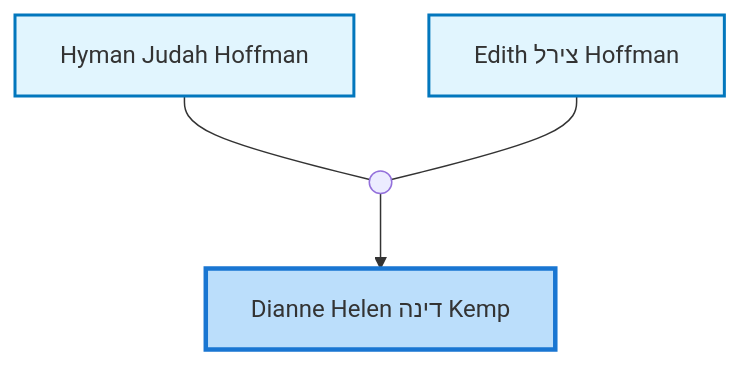
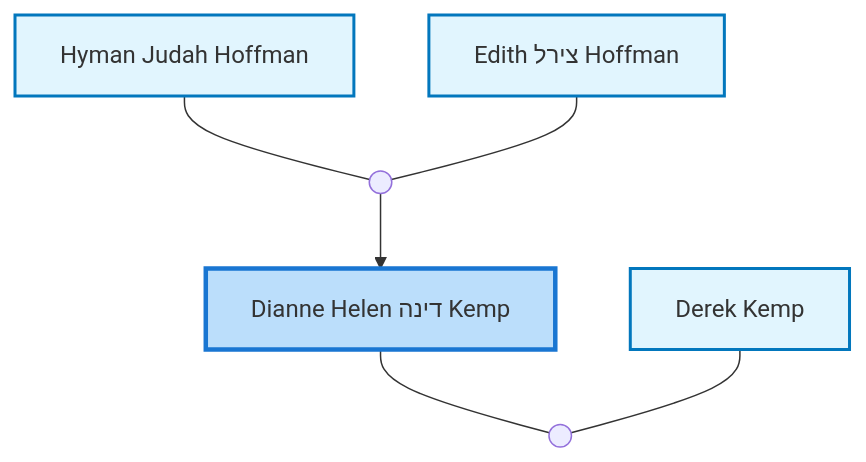
The first of 3 diagrams in site/content/profiles/Dianne Helen דינה Kemp.md (moshehoff/FamilyHistory), drawn with Mermaid before and after one commit. The commit also changed other lines of this file and 133 other files, not shown here.

````diff
--- a/site/content/profiles/Dianne Helen דינה Kemp.md
+++ b/site/content/profiles/Dianne Helen דינה Kemp.md
@@ -22,19 +22,25 @@
 ```mermaid
 flowchart TD
 classDef person fill:#e1f5fe,stroke:#0277bd,stroke-width:2px;
 classDef internal-link fill:#e1f5fe,stroke:#0277bd,stroke-width:2px;
 classDef current fill:#bbdefb,stroke:#1976d2,stroke-width:3px;
-idI8["Dianne Helen דינה Kemp"]
-class idI8 current
-click idI8 "../profiles/Dianne-Helen-%D7%93%D7%99%D7%A0%D7%94-Kemp" "Dianne Helen דינה Kemp"
-idI2["Hyman Judah Hoffman"]
-class idI2 internal-link
-click idI2 "../profiles/Hyman-Judah-Hoffman" "Hyman Judah Hoffman"
-idI3["Edith צירל Hoffman"]
-class idI3 internal-link
-click idI3 "../profiles/Edith-%D7%A6%D7%99%D7%A8%D7%9C-Hoffman" "Edith צירל Hoffman"
-marriage_idF2((" "))
-idI2 --- marriage_idF2
-idI3 --- marriage_idF2
-marriage_idF2 --> idI8
+idI38516790["Dianne Helen דינה Kemp"]
+class idI38516790 current
+click idI38516790 "../profiles/Dianne-Helen-%D7%93%D7%99%D7%A0%D7%94-Kemp" "Dianne Helen דינה Kemp"
+idI11052350["Hyman Judah Hoffman"]
+class idI11052350 internal-link
+click idI11052350 "../profiles/Hyman-Judah-Hoffman" "Hyman Judah Hoffman"
+idI38516664["Edith צירל Hoffman"]
+class idI38516664 internal-link
+click idI38516664 "../profiles/Edith-%D7%A6%D7%99%D7%A8%D7%9C-Hoffman" "Edith צירל Hoffman"
+marriage_idF13161432((" "))
+idI11052350 --- marriage_idF13161432
+idI38516664 --- marriage_idF13161432
+marriage_idF13161432 --> idI38516790
+idI38739432["Derek Kemp"]
+class idI38739432 internal-link
+click idI38739432 "../profiles/Derek-Kemp" "Derek Kemp"
+marriage_idF13237018((" "))
+idI38516790 --- marriage_idF13237018
+idI38739432 --- marriage_idF13237018
 ```
````
